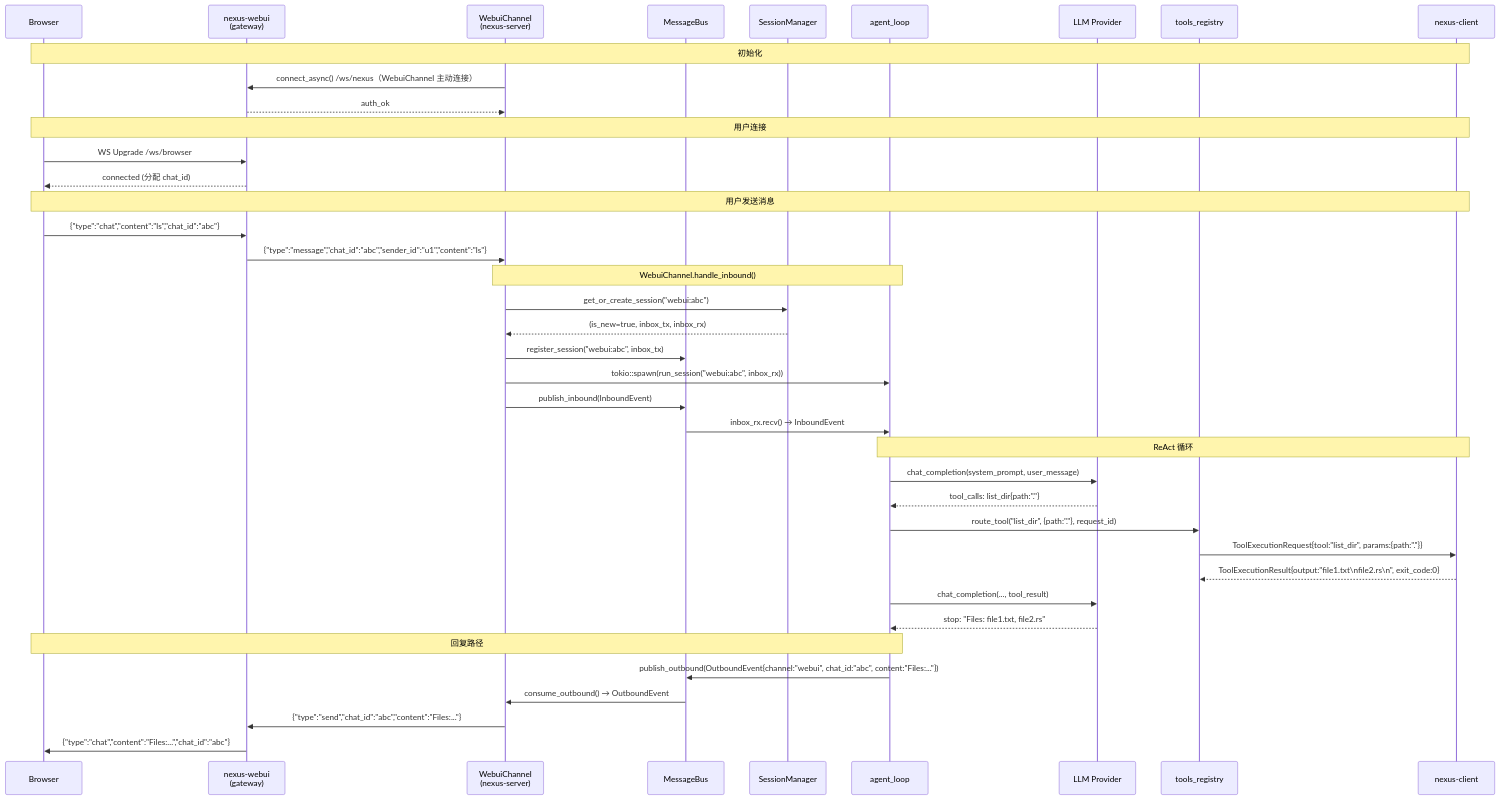
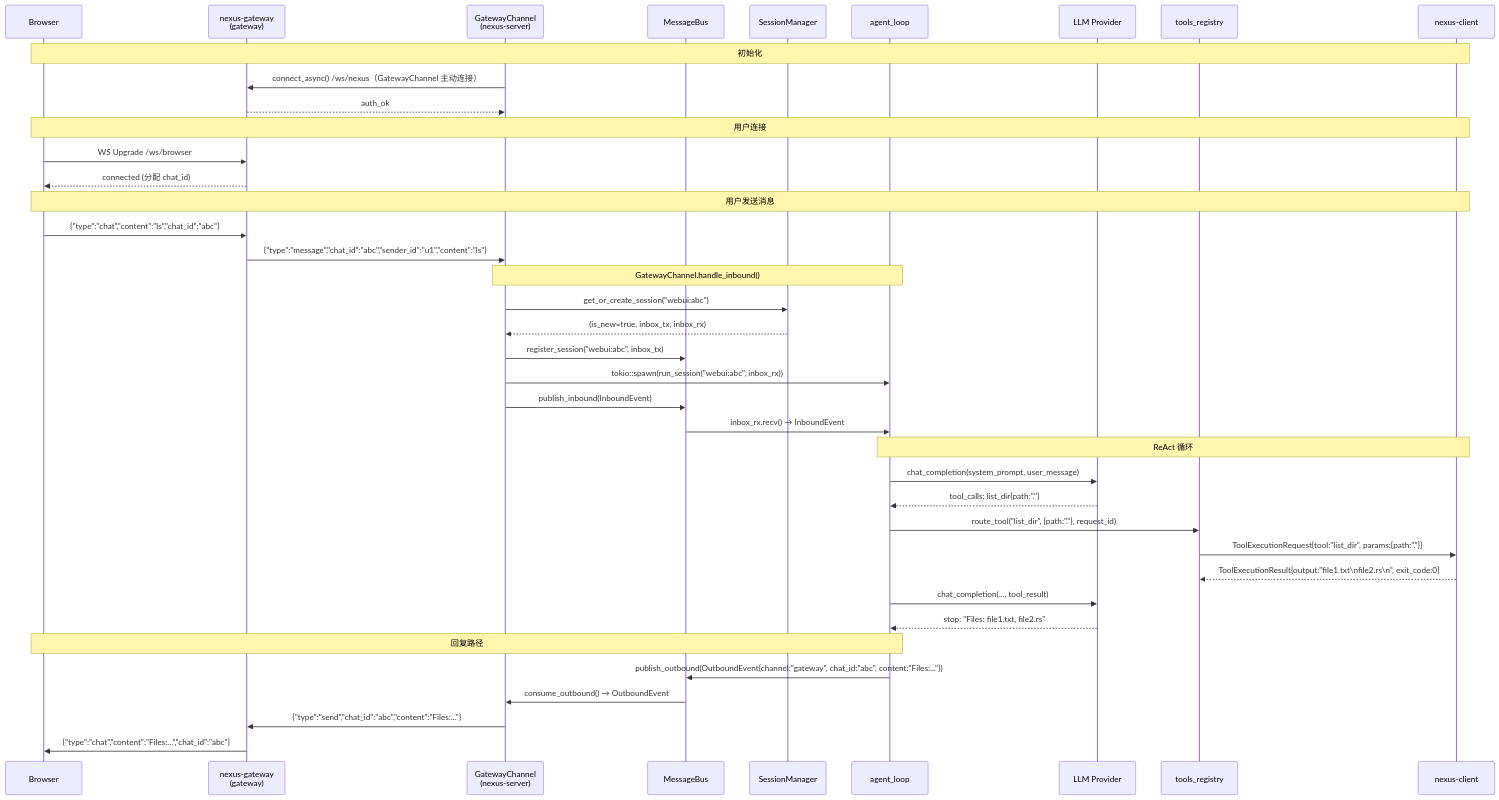
One commit to Zpoteiti/NEXUS changed the diagram in docs/superpowers/E2E-FLOW.md. Above: the diagram before and after it, drawn with Mermaid. The commit also changed other lines of this file and 20 other files, not shown here.

First line of the commit message:
Rename nexus-webui to nexus-gateway

````diff
--- a/docs/superpowers/E2E-FLOW.md
+++ b/docs/superpowers/E2E-FLOW.md
@@ -38,47 +38,47 @@
 ```mermaid
 sequenceDiagram
     participant B as Browser
-    participant GW as nexus-webui<br/>(gateway)
-    participant WC as WebuiChannel<br/>(nexus-server)
+    participant GW as nexus-gateway<br/>(gateway)
+    participant WC as GatewayChannel<br/>(nexus-server)
     participant MB as MessageBus
     participant SM as SessionManager
     participant AL as agent_loop
     participant LLM as LLM Provider
     participant TR as tools_registry
     participant NC as nexus-client
 
     Note over B,NC: 初始化
-    WC->>GW: connect_async() /ws/nexus（WebuiChannel 主动连接）
+    WC->>GW: connect_async() /ws/nexus（GatewayChannel 主动连接）
     GW-->>WC: auth_ok
 
     Note over B,NC: 用户连接
     B->>GW: WS Upgrade /ws/browser
     GW-->>B: connected (分配 chat_id)
 
     Note over B,NC: 用户发送消息
     B->>GW: {"type":"chat","content":"ls","chat_id":"abc"}
     GW->>WC: {"type":"message","chat_id":"abc","sender_id":"u1","content":"ls"}
 
-    Note over WC,AL: WebuiChannel.handle_inbound()
+    Note over WC,AL: GatewayChannel.handle_inbound()
     WC->>SM: get_or_create_session("webui:abc")
     SM-->>WC: (is_new=true, inbox_tx, inbox_rx)
     WC->>MB: register_session("webui:abc", inbox_tx)
     WC->>AL: tokio::spawn(run_session("webui:abc", inbox_rx))
     WC->>MB: publish_inbound(InboundEvent)
     MB->>AL: inbox_rx.recv() → InboundEvent
 
     Note over AL,NC: ReAct 循环
     AL->>LLM: chat_completion(system_prompt, user_message)
     LLM-->>AL: tool_calls: list_dir{path:"."}
     AL->>TR: route_tool("list_dir", {path:"."}, request_id)
     TR->>NC: ToolExecutionRequest{tool:"list_dir", params:{path:"."}}
     NC-->>TR: ToolExecutionResult{output:"file1.txt\nfile2.rs\n", exit_code:0}
     AL->>LLM: chat_completion(..., tool_result)
     LLM-->>AL: stop: "Files: file1.txt, file2.rs"
 
     Note over AL,B: 回复路径
-    AL->>MB: publish_outbound(OutboundEvent{channel:"webui", chat_id:"abc", content:"Files:..."})
+    AL->>MB: publish_outbound(OutboundEvent{channel:"gateway", chat_id:"abc", content:"Files:..."})
     MB->>WC: consume_outbound() → OutboundEvent
     WC->>GW: {"type":"send","chat_id":"abc","content":"Files:..."}
     GW->>B: {"type":"chat","content":"Files:...","chat_id":"abc"}
 ```
````
